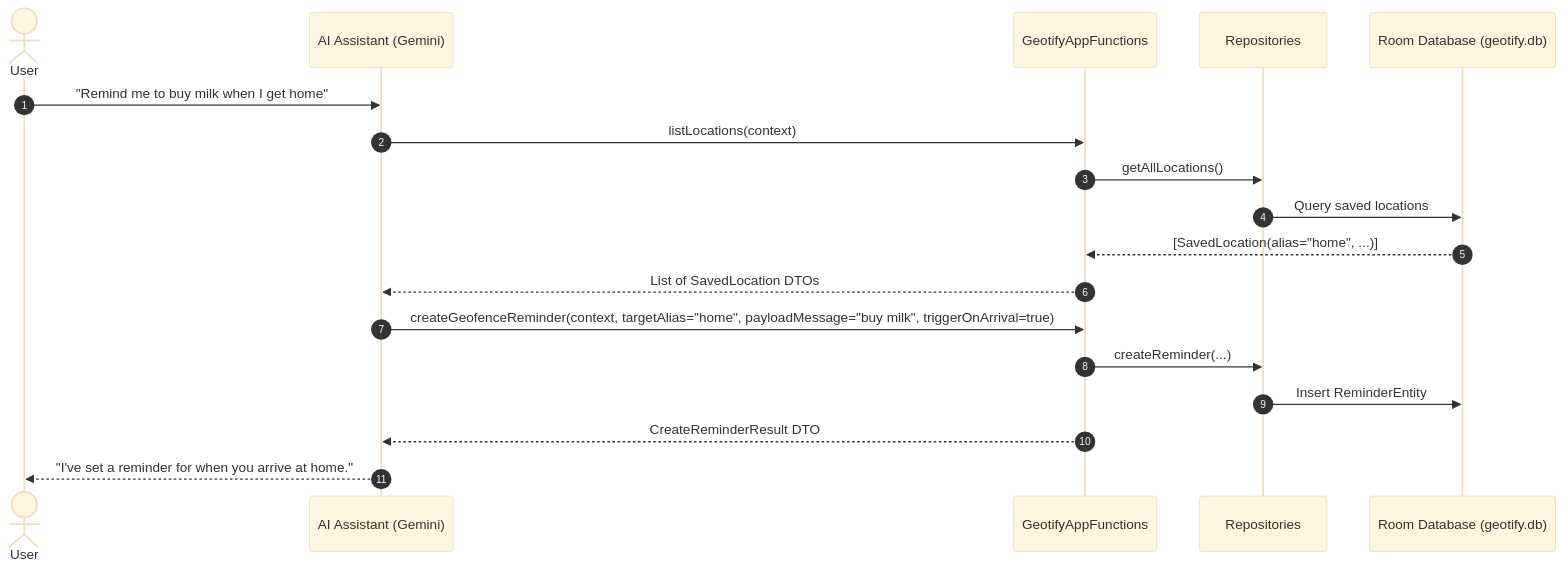
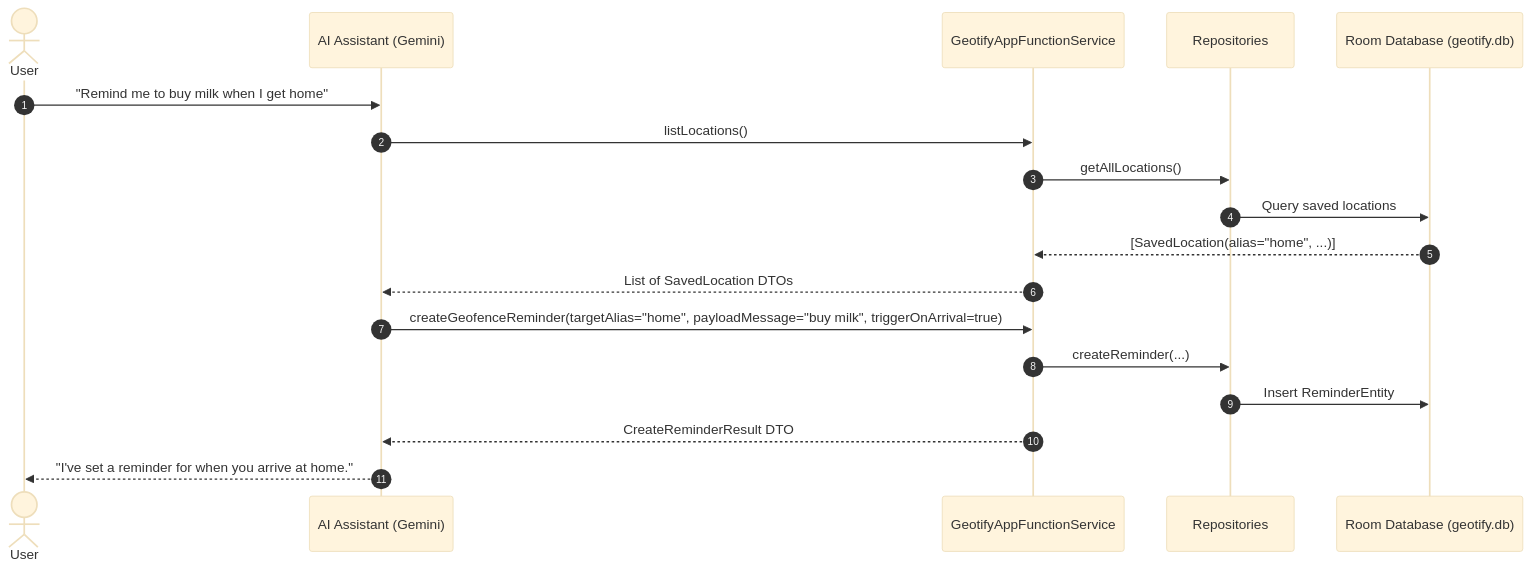
One commit to arrase/Geotify changed the diagram in gh-pages/appfunctions.md. Above: the diagram before and after it, drawn with Mermaid (base theme). The commit also changed other lines of this file and 9 other files, not shown here.

First line of the commit message:
feat: migrate AppFunctions to 1.0.0-beta01 and bump version to v1.0.0-beta.9

````diff
--- a/gh-pages/appfunctions.md
+++ b/gh-pages/appfunctions.md
@@ -11,21 +11,21 @@
 ```mermaid
 sequenceDiagram
     autonumber
     actor User
     participant AI as AI Assistant (Gemini)
-    participant AF as GeotifyAppFunctions
+    participant AF as GeotifyAppFunctionService
     participant Repo as Repositories
     participant DB as Room Database (geotify.db)
 
     User->>AI: "Remind me to buy milk when I get home"
-    AI->>AF: listLocations(context)
+    AI->>AF: listLocations()
     AF->>Repo: getAllLocations()
     Repo->>DB: Query saved locations
     DB-->>AF: [SavedLocation(alias="home", ...)]
     AF-->>AI: List of SavedLocation DTOs
-    AI->>AF: createGeofenceReminder(context, targetAlias="home", payloadMessage="buy milk", triggerOnArrival=true)
+    AI->>AF: createGeofenceReminder(targetAlias="home", payloadMessage="buy milk", triggerOnArrival=true)
     AF->>Repo: createReminder(...)
     Repo->>DB: Insert ReminderEntity
     AF-->>AI: CreateReminderResult DTO
     AI-->>User: "I've set a reminder for when you arrive at home."
 ```
````
